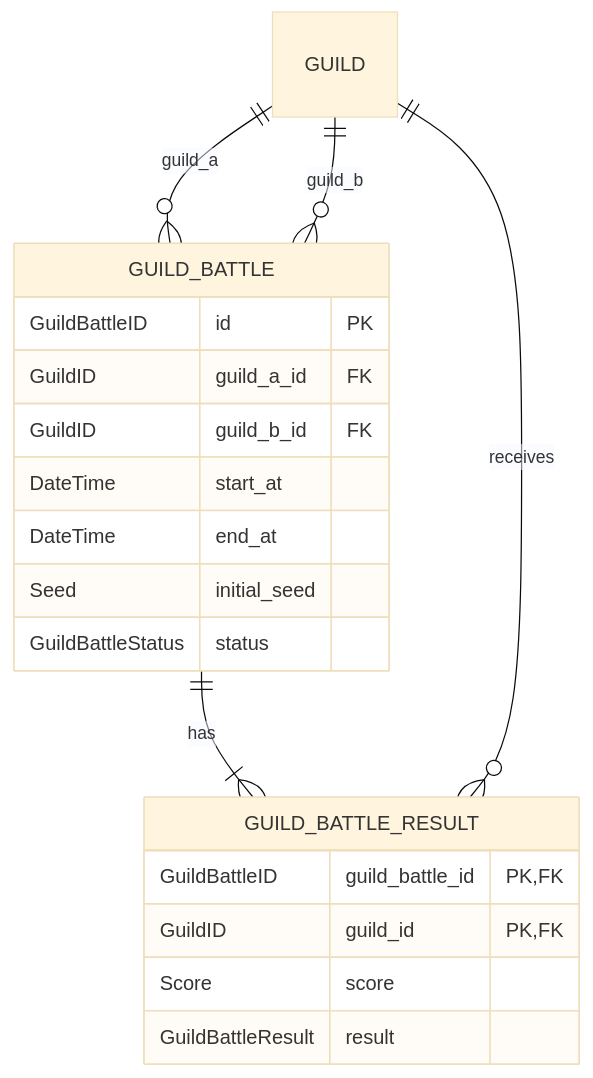
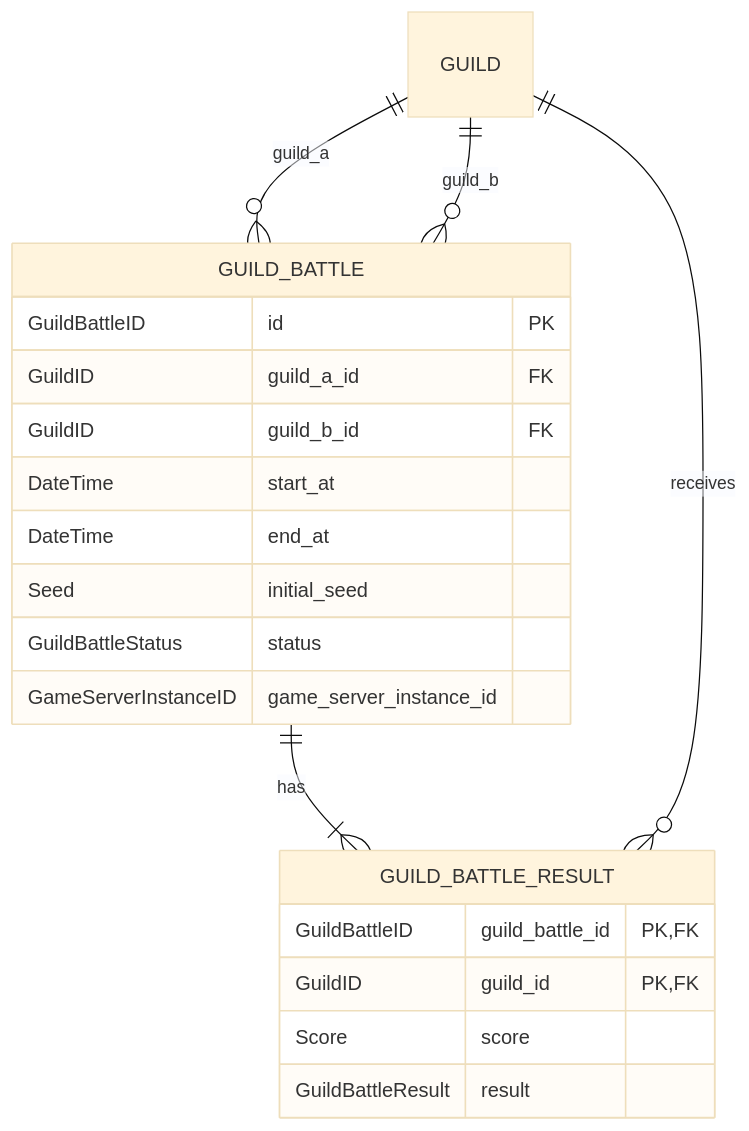
Before and after one commit to ReHydrangeaOdyssey/Specifications: the fifth of 8 diagrams in design/data_base.md, drawn with Mermaid (base theme). The commit also changed other lines of this file and 18 other files, not shown here.

````diff
--- a/design/data_base.md
+++ b/design/data_base.md
@@ -295,24 +352,25 @@
 ```mermaid
 erDiagram
     GUILD_BATTLE {
         GuildBattleID id PK
         GuildID guild_a_id FK
         GuildID guild_b_id FK
         DateTime start_at
         DateTime end_at
         Seed initial_seed
         GuildBattleStatus status
+        GameServerInstanceID game_server_instance_id
     }
 
     GUILD_BATTLE_RESULT {
         GuildBattleID guild_battle_id PK, FK
         GuildID guild_id PK, FK
         Score score
         GuildBattleResult result
     }
 
     GUILD ||--o{ GUILD_BATTLE : guild_a
     GUILD ||--o{ GUILD_BATTLE : guild_b
     GUILD_BATTLE ||--|{ GUILD_BATTLE_RESULT : has
     GUILD ||--o{ GUILD_BATTLE_RESULT : receives
 ```
````
